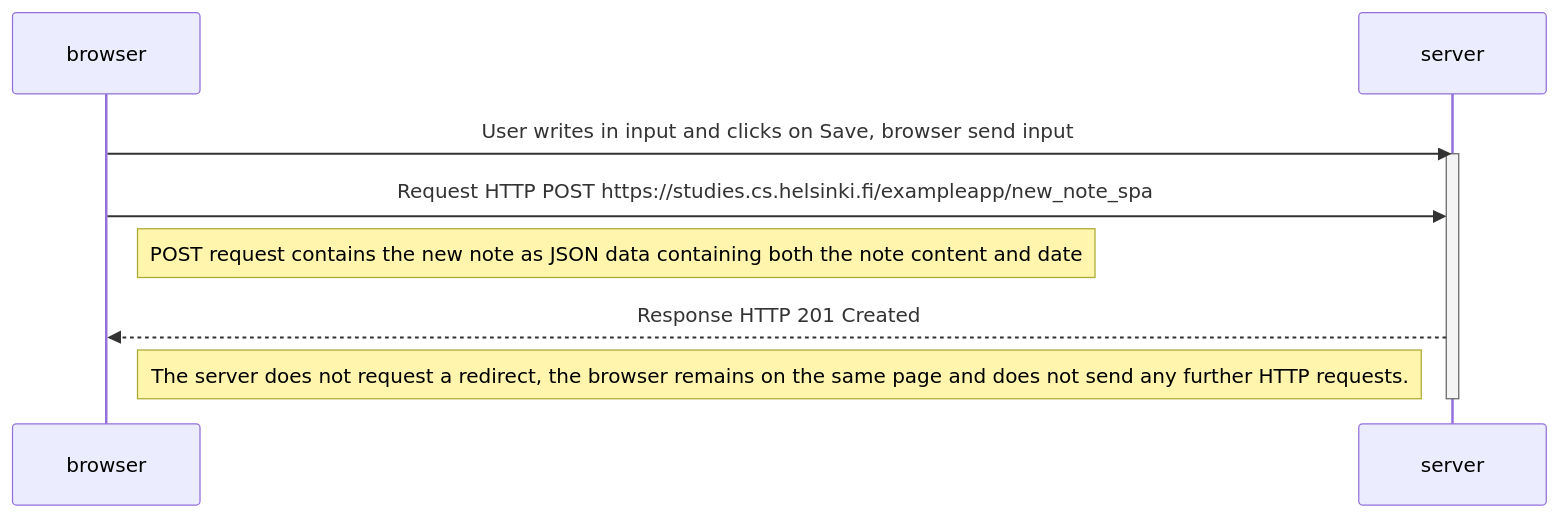
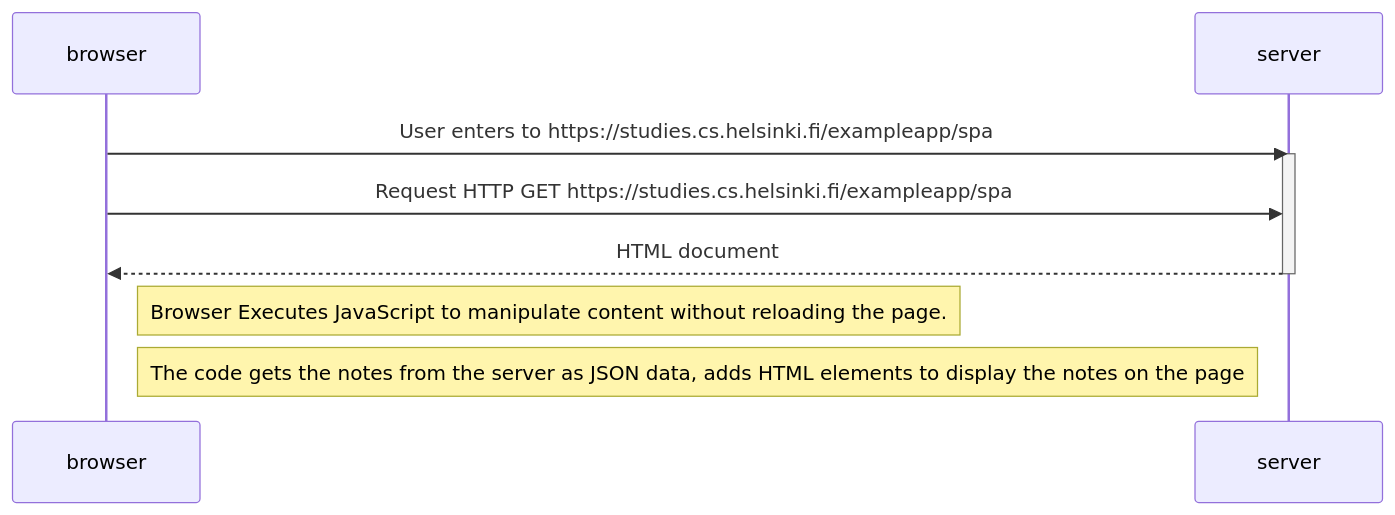
Before and after one commit to gastonmonsalvo/fullstackopen: the diagram in part0/0.5.md, drawn with Mermaid. The commit also changed 1 other file, not shown here.

Commit message:
part0_exercise_0.6

````diff
--- a/part0/0.5.md
+++ b/part0/0.5.md
@@ -1,16 +1,15 @@
-```mermaid
-    
-sequenceDiagram
-    participant browser
-    participant server
+``` mermaid
+    sequenceDiagram
+        participant browser
+        participant server
 
-    browser->>server: User writes in input and clicks on Save, browser send input
-    activate server
+        browser->>server: User enters to https://studies.cs.helsinki.fi/exampleapp/spa
+        activate server
 
 
-    browser->>server: Request HTTP POST https://studies.cs.helsinki.fi/exampleapp/new_note_spa
-    Note right of browser:  POST request contains the new note as JSON data containing both the note content and date
-    server-->>browser: Response HTTP 201 Created
-    Note left of server: The server does not request a redirect, the browser remains on the same page and does not send any further HTTP requests.
-    deactivate server
+        browser->>server: Request HTTP GET https://studies.cs.helsinki.fi/exampleapp/spa
+        server-->>browser: HTML document
+        deactivate server
+        Note right of browser: Browser Executes JavaScript to manipulate content without reloading the page.
+        Note right of browser: The code gets the notes from the server as JSON data, adds HTML elements to display the notes on the page
 ```
````
